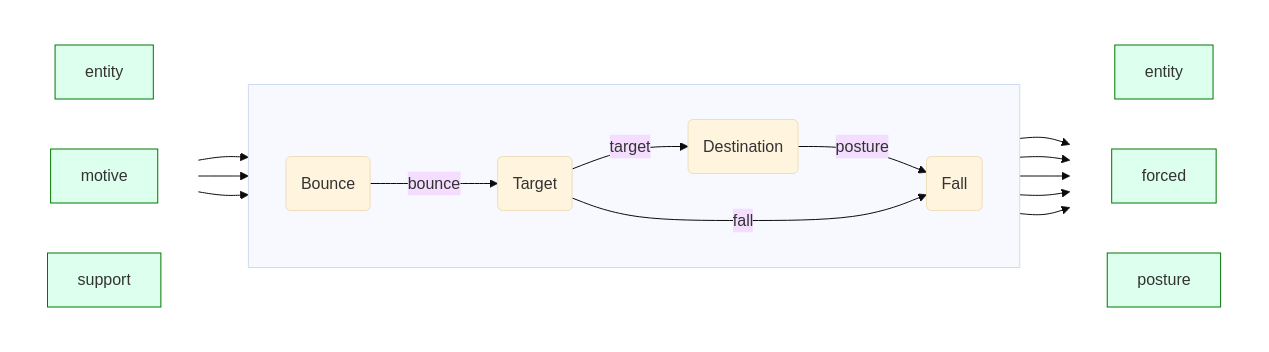
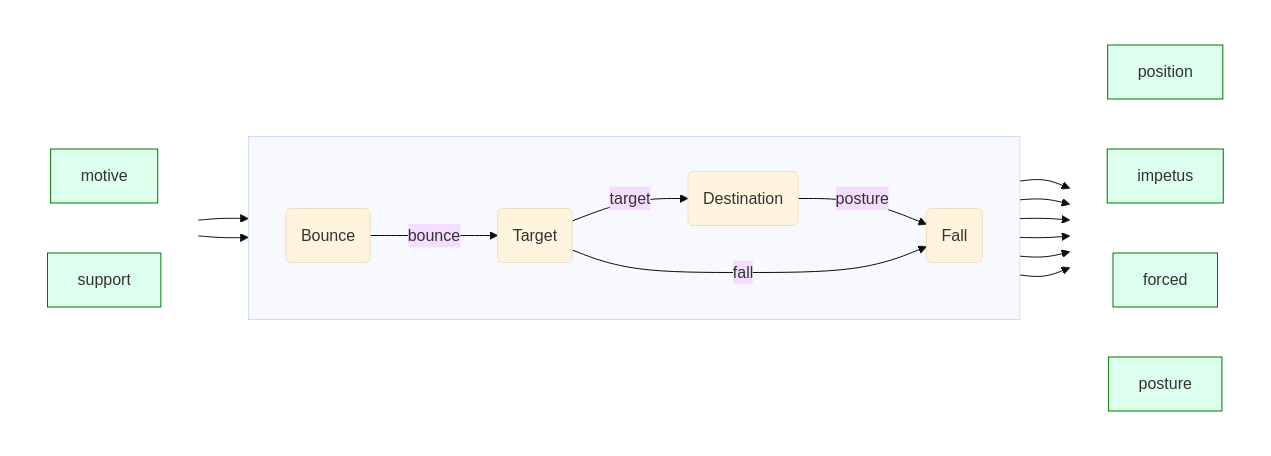
Before and after one commit to jcreedcmu/pyoro: the diagram in DESIGN.md, drawn with Mermaid (base theme). The commit also changed other lines of this file, not shown here.

Commit message:
Fix diagram a little

````diff
--- a/DESIGN.md
+++ b/DESIGN.md
@@ -143,44 +144,43 @@
 ```mermaid
 graph LR
 
 subgraph inputs[ ]
  direction LR
- inputEntity["entity"]:::value
  inputMotive["motive"]:::value
  inputSupport["support"]:::value
 end
 
 subgraph outputs[ ]
  direction LR
- outputEntity["entity"]:::value
+ outputPosition["position"]:::value
+ outputImpetus["impetus"]:::value
  outputForced["forced"]:::value
  outputPosture["posture"]:::value
 end
  subgraph main[ ]
  direction LR
 EB(Bounce)
 T(Target)
 LB(Destination)
 F(Fall)
 EB --> outputForced
 EB -->|"bounce"| T
 
 T --> outputForced
 T -->|target| LB
 
 LB --> outputForced
 LB --> outputPosture
 LB --> |posture| F
 T -->|fall| F
 end
 inputMotive --> EB
-inputEntity --> main
 
 inputSupport --> T
-
-F --> outputEntity
+LB --> outputPosition
+F --> outputImpetus
 
 classDef hide fill:none,stroke:none
 classDef value fill:#dfe,stroke:#070
 class inputs,outputs,input1,input2,output1,output2 hide;
 ```
````
